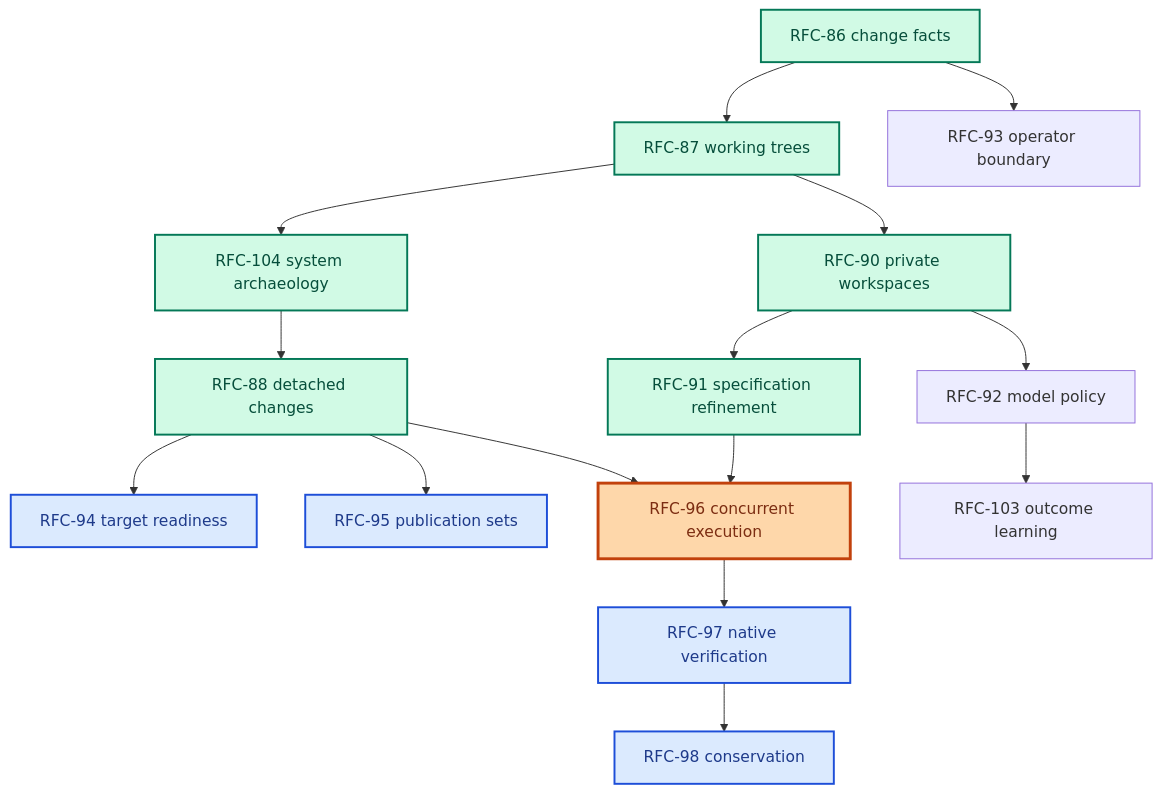
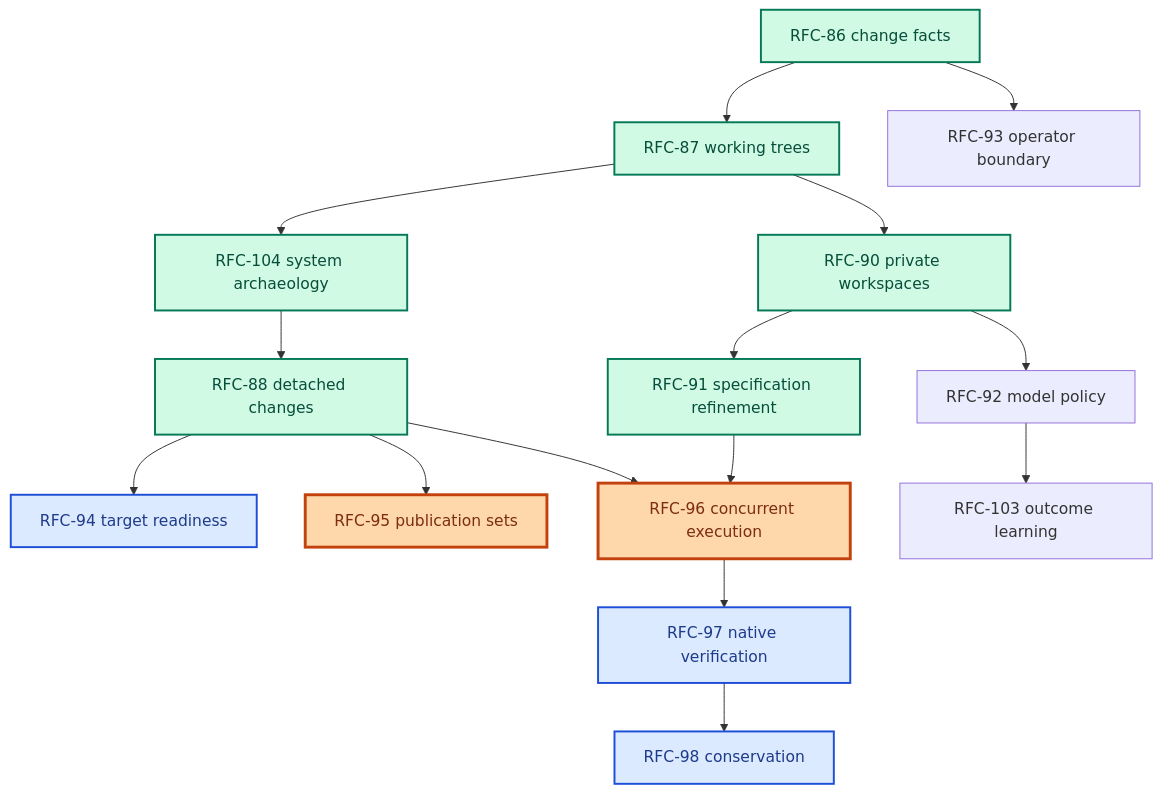
One commit to augentic/anvil changed the diagram in rfcs/platform.md. Above: the diagram before and after it, drawn with Mermaid. The commit also changed other lines of this file and 1 other file, not shown here.

Commit message:
concise and readable

````diff
--- a/rfcs/platform.md
+++ b/rfcs/platform.md
@@ -23,24 +23,24 @@
 ```mermaid
 flowchart TD
     R86[RFC-86 change facts] --> R87[RFC-87 working trees]
     R86 --> R93[RFC-93 operator boundary]
     R87 --> R104[RFC-104 system archaeology]
     R87 --> R90[RFC-90 private workspaces]
     R104 --> R88[RFC-88 detached changes]
     R88 --> R94[RFC-94 target readiness]
     R88 --> R95[RFC-95 publication sets]
     R88 --> R96[RFC-96 concurrent execution]
     R90 --> R91[RFC-91 specification refinement]
     R90 --> R92[RFC-92 model policy]
     R91 --> R96[RFC-96 concurrent execution]
     R92 --> R103[RFC-103 outcome learning]
     R96 --> R97[RFC-97 native verification]
     R97 --> R98[RFC-98 conservation]
 
     classDef done fill:#d1fae5,stroke:#047857,color:#064e3b,stroke-width:2px
     classDef nearterm fill:#fed7aa,stroke:#c2410c,color:#7c2d12,stroke-width:3px
     classDef later fill:#dbeafe,stroke:#1d4ed8,color:#1e3a8a,stroke-width:2px
     class R86,R87,R88,R90,R91,R104 done
-    class R96 nearterm
-    class R94,R95,R97,R98 later
+    class R95,R96 nearterm
+    class R94,R97,R98 later
 ```
````
